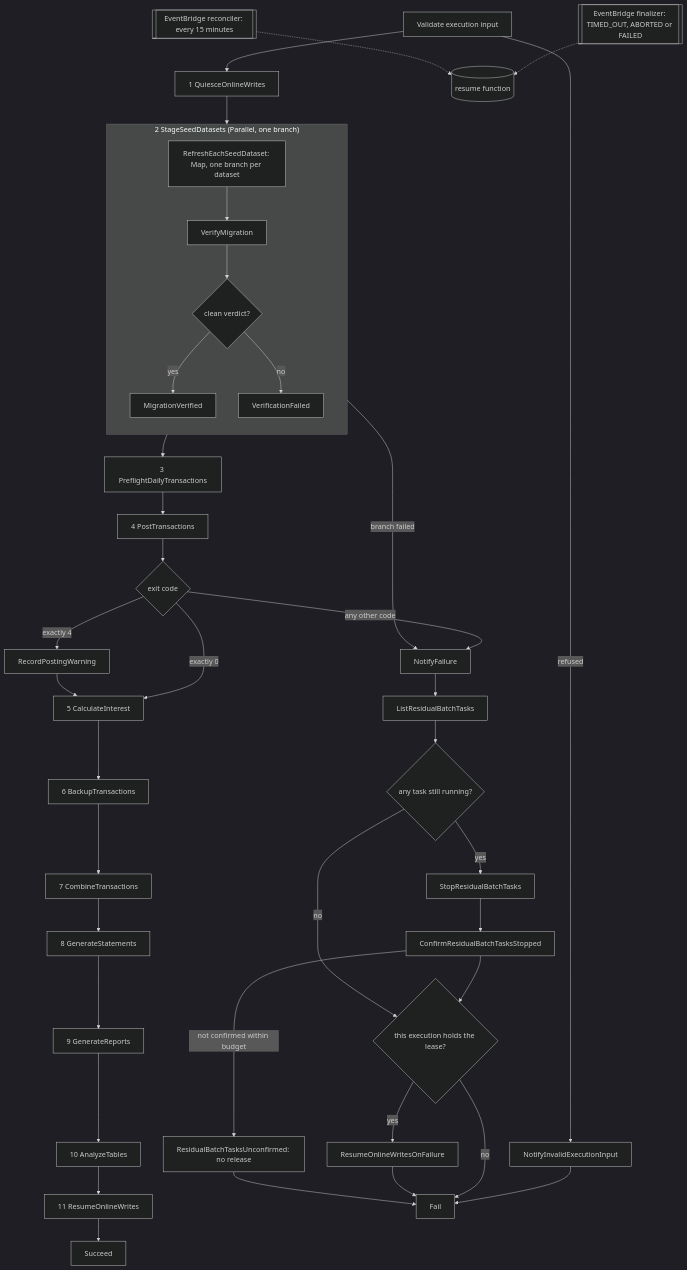
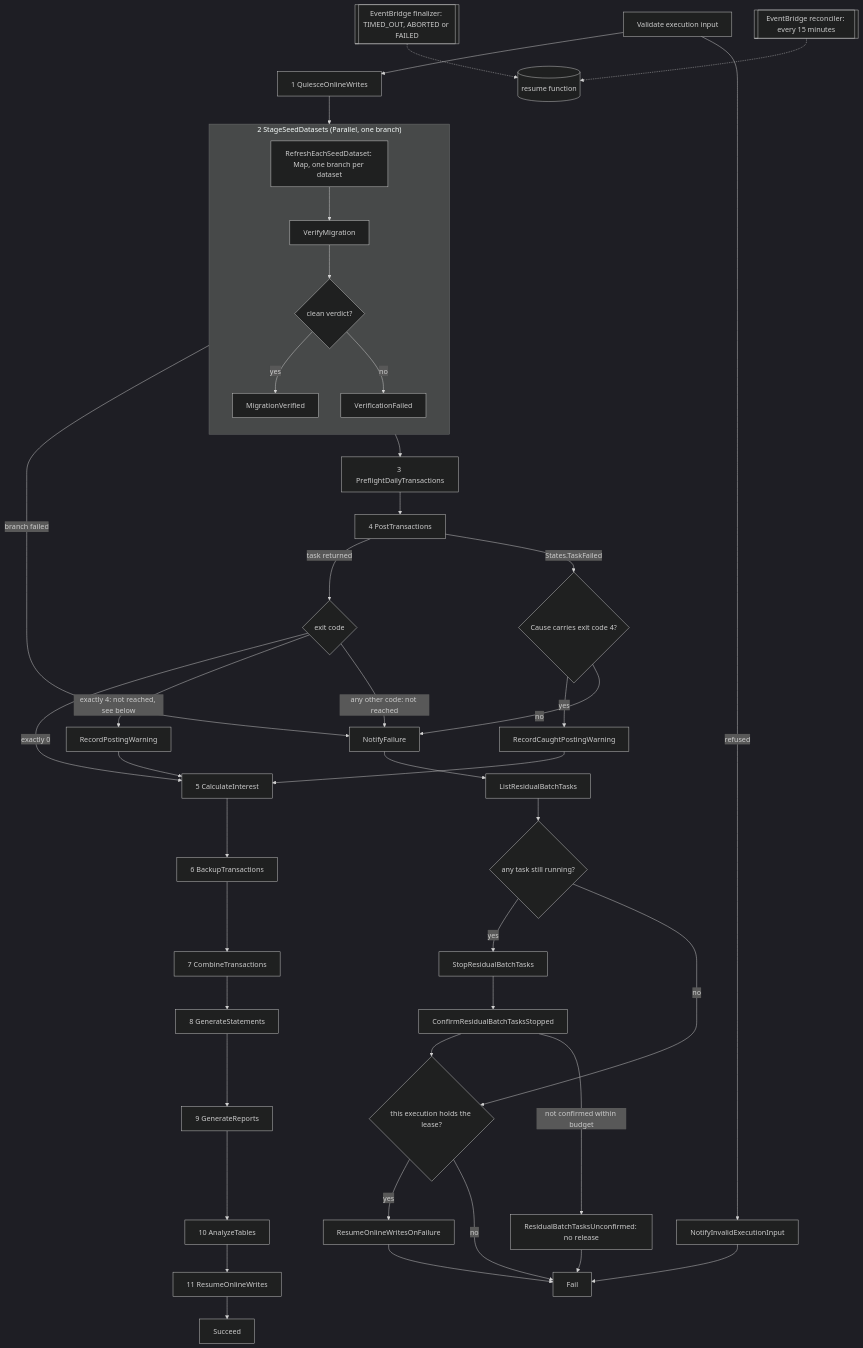
Before and after one commit to Blitzy-LocalStack/aws-mainframe-modernization-carddemo: the diagram in infra/modules/step-functions-batch/README.md, drawn with Mermaid (dark theme). The commit also changed other lines of this file and 108 other files, not shown here.

````diff
--- a/infra/modules/step-functions-batch/README.md
+++ b/infra/modules/step-functions-batch/README.md
@@ -201,42 +202,46 @@
 ```mermaid
 flowchart TD
     V[Validate execution input] --> Q[1 QuiesceOnlineWrites]
     Q --> S
     subgraph S["2 StageSeedDatasets (Parallel, one branch)"]
         direction TB
         MAP[RefreshEachSeedDataset: Map, one branch per dataset] --> VM[VerifyMigration]
         VM --> VC{clean verdict?}
         VC -->|yes| MV[MigrationVerified]
         VC -->|no| VF[VerificationFailed]
     end
     S -->|branch failed| N[NotifyFailure]
     S --> P[3 PreflightDailyTransactions]
     P --> T[4 PostTransactions]
-    T --> C{exit code}
+    T -->|task returned| C{exit code}
     C -->|exactly 0| I[5 CalculateInterest]
-    C -->|exactly 4| W[RecordPostingWarning]
+    C -->|exactly 4: not reached, see below| W[RecordPostingWarning]
     W --> I
-    C -->|any other code| N
+    C -->|any other code: not reached| N
+    T -->|States.TaskFailed| CL{Cause carries exit code 4?}
+    CL -->|yes| CW[RecordCaughtPostingWarning]
+    CW --> I
+    CL -->|no| N
     I --> B[6 BackupTransactions]
     B --> M[7 CombineTransactions]
     M --> ST[8 GenerateStatements]
     ST --> R[9 GenerateReports]
     R --> A[10 AnalyzeTables]
     A --> O[11 ResumeOnlineWrites]
     O --> OK[Succeed]
     V -->|refused| NI[NotifyInvalidExecutionInput]
     NI --> F[Fail]
     N --> LT[ListResidualBatchTasks]
     LT --> CT{any task still running?}
     CT -->|yes| SP[StopResidualBatchTasks]
     SP --> CF[ConfirmResidualBatchTasksStopped]
     CF --> G{this execution holds the lease?}
     CT -->|no| G
     CF -->|not confirmed within budget| U[ResidualBatchTasksUnconfirmed: no release]
     G -->|yes| RF[ResumeOnlineWritesOnFailure]
     G -->|no| F
     RF --> F
     U --> F
     X[[EventBridge finalizer: TIMED_OUT, ABORTED or FAILED]] -.-> RES[(resume function)]
     Y[[EventBridge reconciler: every 15 minutes]] -.-> RES
 ```
````
